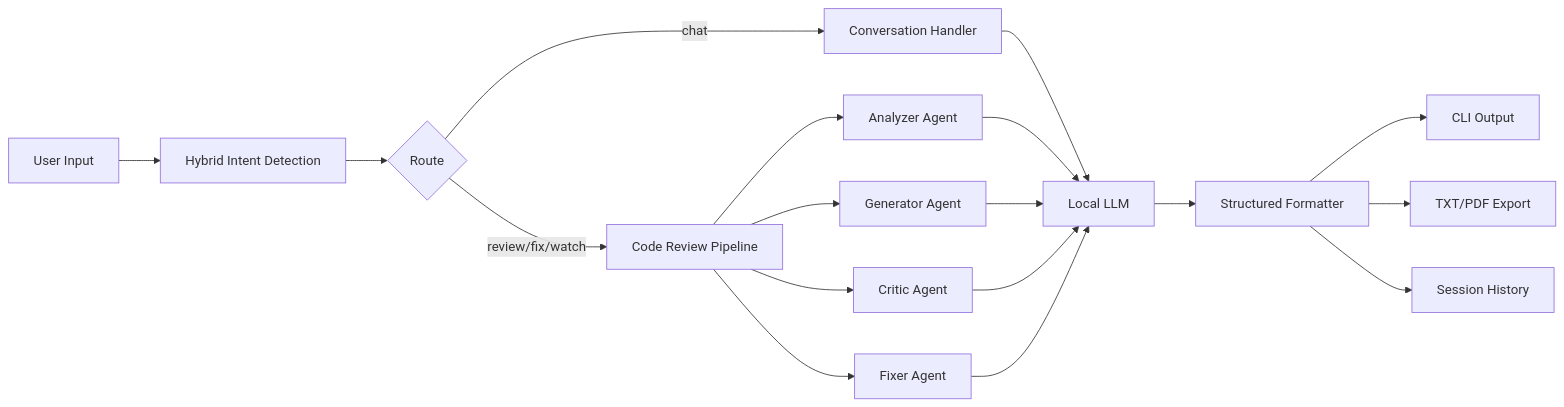
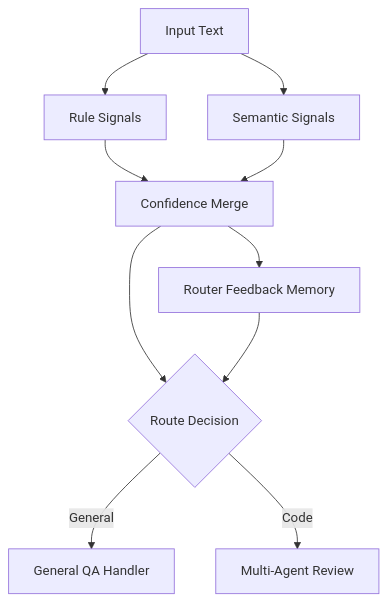
One commit to thulasiramk-2310/TRX-AI changed the second of 3 diagrams in README.md. Above: the diagram before and after it, drawn with Mermaid. The commit also changed other lines of this file, not shown here.

````diff
--- a/README.md
+++ b/README.md
@@ -21,20 +60,12 @@
 ```mermaid
-flowchart LR
-    A[User Input] --> B[Hybrid Intent Detection]
-    B --> C{Route}
-    C -->|chat| D[Conversation Handler]
-    C -->|review/fix/watch| E[Code Review Pipeline]
-    E --> F[Analyzer Agent]
-    E --> G[Generator Agent]
-    E --> H[Critic Agent]
-    E --> I[Fixer Agent]
-    D --> J[Local LLM]
-    F --> J
-    G --> J
-    H --> J
-    I --> J
-    J --> K[Structured Formatter]
-    K --> L[CLI Output]
-    K --> M[TXT/PDF Export]
-    K --> N[Session History]
+flowchart TD
+    A[Input Text] --> B[Rule Signals]
+    A --> C[Semantic Signals]
+    B --> D[Confidence Merge]
+    C --> D
+    D --> E{Route Decision}
+    E -->|General| F[General QA Handler]
+    E -->|Code| G[Multi-Agent Review]
+    D --> H[Router Feedback Memory]
+    H --> E
 ```
````
